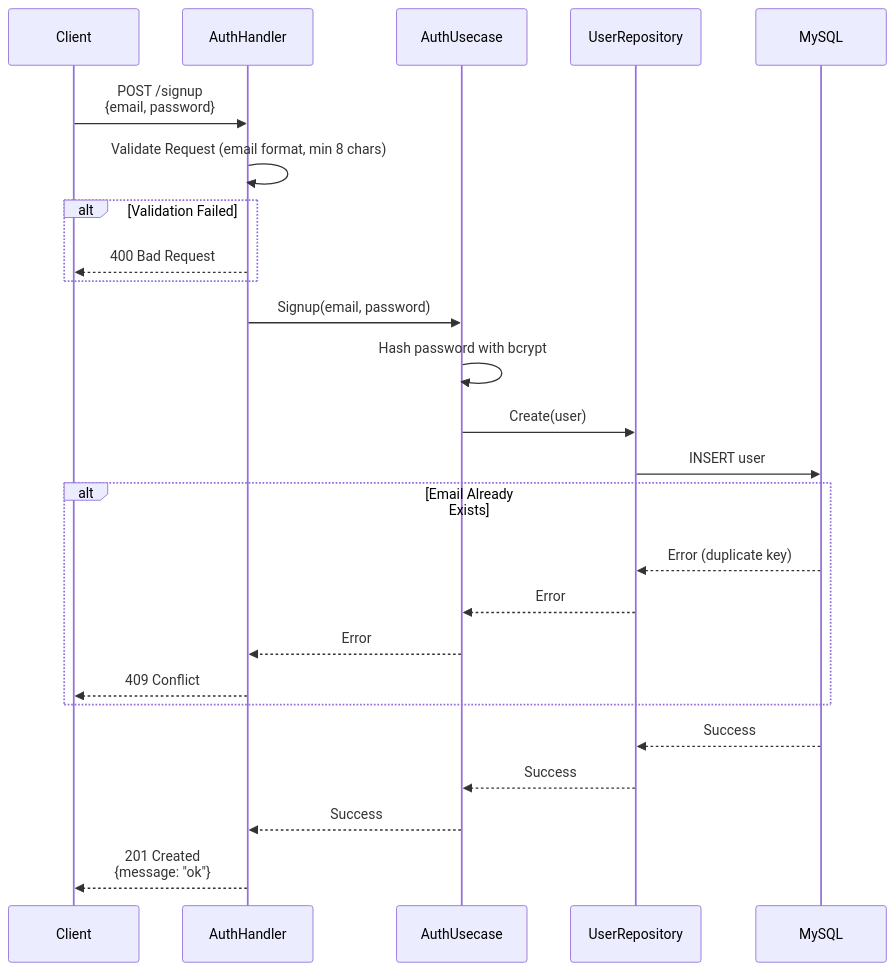
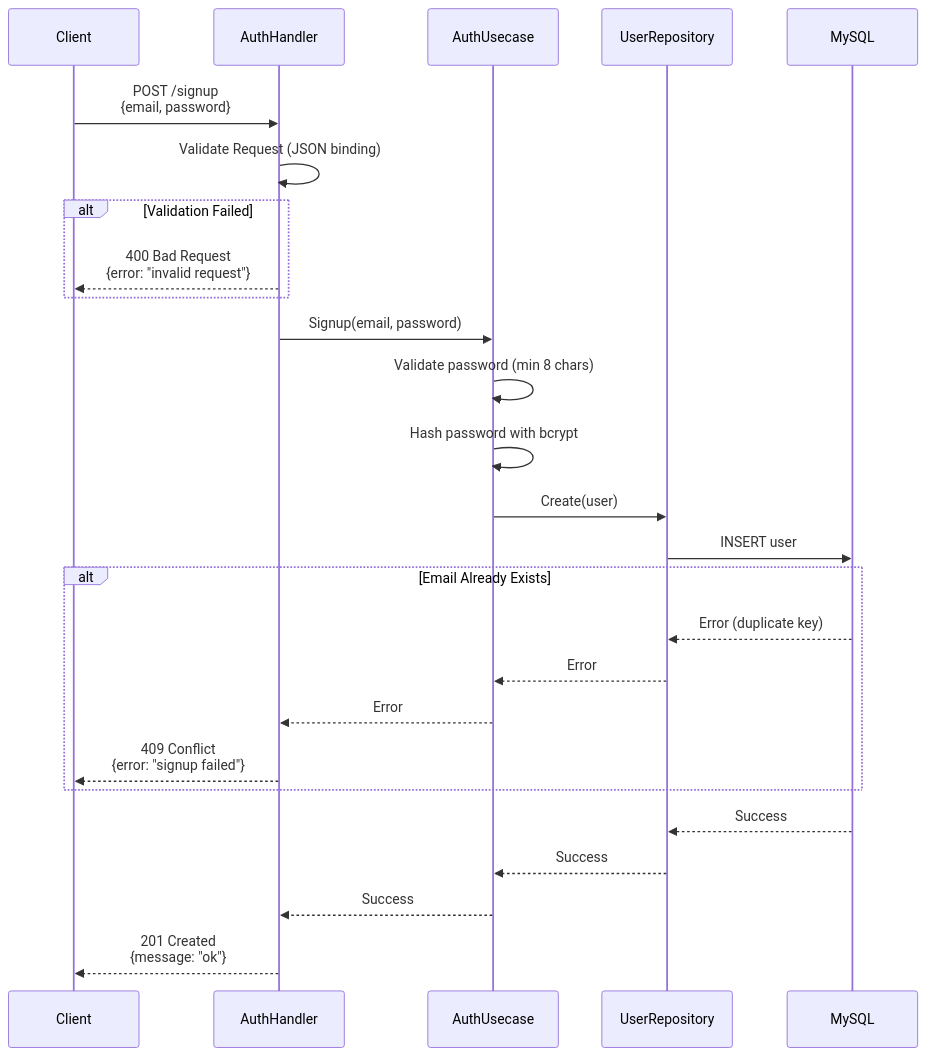
Before and after one commit to UCHIDAnobuhiro/stock_backend: the first of 3 diagrams in internal/feature/auth/README.md, drawn with Mermaid. The commit also changed other lines of this file and 4 other files, not shown here.

````diff
--- a/internal/feature/auth/README.md
+++ b/internal/feature/auth/README.md
@@ -18,32 +18,33 @@
 ```mermaid
 sequenceDiagram
     participant Client
     participant Handler as AuthHandler
     participant Usecase as AuthUsecase
     participant Repository as UserRepository
     participant DB as MySQL
 
     Client->>Handler: POST /signup<br/>{email, password}
-    Handler->>Handler: Validate Request (email format, min 8 chars)
+    Handler->>Handler: Validate Request (JSON binding)
 
     alt Validation Failed
-        Handler-->>Client: 400 Bad Request
+        Handler-->>Client: 400 Bad Request<br/>{error: "invalid request"}
     end
 
     Handler->>Usecase: Signup(email, password)
+    Usecase->>Usecase: Validate password (min 8 chars)
     Usecase->>Usecase: Hash password with bcrypt
     Usecase->>Repository: Create(user)
     Repository->>DB: INSERT user
 
     alt Email Already Exists
         DB-->>Repository: Error (duplicate key)
         Repository-->>Usecase: Error
         Usecase-->>Handler: Error
-        Handler-->>Client: 409 Conflict
+        Handler-->>Client: 409 Conflict<br/>{error: "signup failed"}
     end
 
     DB-->>Repository: Success
     Repository-->>Usecase: Success
     Usecase-->>Handler: Success
     Handler-->>Client: 201 Created<br/>{message: "ok"}
 ```
````
